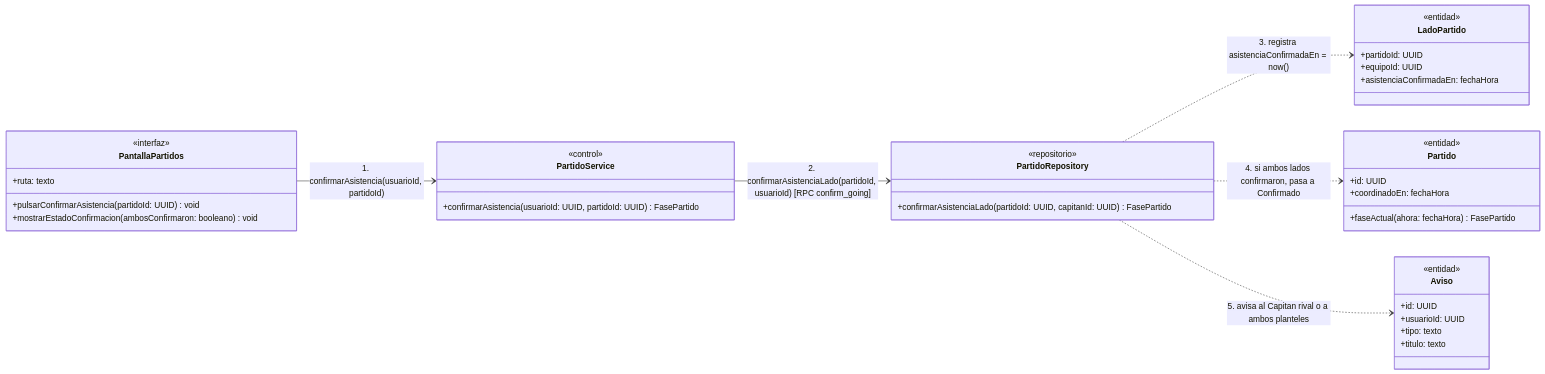
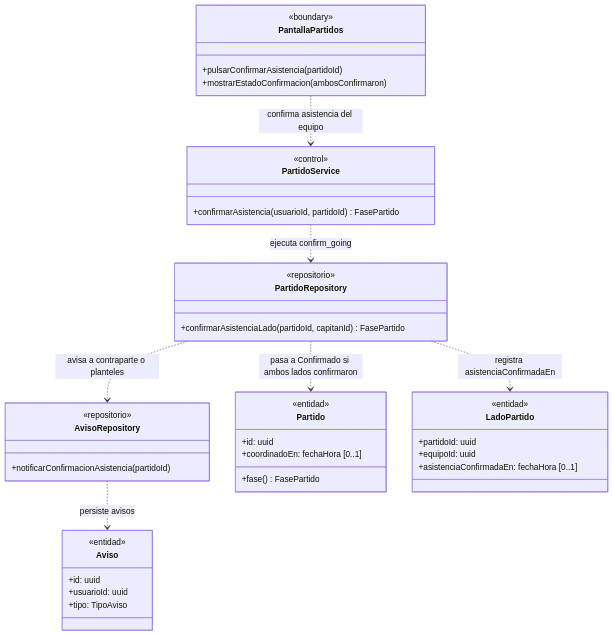
One commit to nicqletal/torneos-scraper changed the ninth of 15 diagrams in docs/diagramas-de-clase/partidos.md. Above: the diagram before and after it, drawn with Mermaid. The commit also changed other lines of this file and 12 other files, not shown here.

Commit message:
Correcion Diagramas de Clase

````diff
--- a/docs/diagramas-de-clase/partidos.md
+++ b/docs/diagramas-de-clase/partidos.md
@@ -634,49 +583,45 @@
 ```mermaid
 classDiagram
-    direction LR
-
-    class PantallaPartidos {
-        <<interfaz>>
-        +ruta: texto
-        +pulsarConfirmarAsistencia(partidoId: UUID) void
-        +mostrarEstadoConfirmacion(ambosConfirmaron: booleano) void
-    }
-
-    class PartidoService {
-        <<control>>
-        +confirmarAsistencia(usuarioId: UUID, partidoId: UUID) FasePartido
-    }
-
-    class PartidoRepository {
-        <<repositorio>>
-        +confirmarAsistenciaLado(partidoId: UUID, capitanId: UUID) FasePartido
-    }
-
-    class Partido {
-        <<entidad>>
-        +id: UUID
-        +coordinadoEn: fechaHora
-        +faseActual(ahora: fechaHora) FasePartido
-    }
-
-    class LadoPartido {
-        <<entidad>>
-        +partidoId: UUID
-        +equipoId: UUID
-        +asistenciaConfirmadaEn: fechaHora
-    }
-
-    class Aviso {
-        <<entidad>>
-        +id: UUID
-        +usuarioId: UUID
-        +tipo: texto
-        +titulo: texto
-    }
-
-    PantallaPartidos --> PartidoService : 1. confirmarAsistencia(usuarioId, partidoId)
-    PartidoService --> PartidoRepository : 2. confirmarAsistenciaLado(partidoId, usuarioId) [RPC confirm_going]
-    PartidoRepository ..> LadoPartido : 3. registra asistenciaConfirmadaEn = now()
-    PartidoRepository ..> Partido : 4. si ambos lados confirmaron, pasa a Confirmado
-    PartidoRepository ..> Aviso : 5. avisa al Capitan rival o a ambos planteles
+direction TB
+class PantallaPartidos {
+  <<boundary>>
+  +pulsarConfirmarAsistencia(partidoId)
+  +mostrarEstadoConfirmacion(ambosConfirmaron)
+}
+class PartidoService {
+  <<control>>
+  +confirmarAsistencia(usuarioId, partidoId) FasePartido
+}
+class PartidoRepository {
+  <<repositorio>>
+  +confirmarAsistenciaLado(partidoId, capitanId) FasePartido
+}
+class AvisoRepository {
+  <<repositorio>>
+  +notificarConfirmacionAsistencia(partidoId)
+}
+class Partido {
+  <<entidad>>
+  +id: uuid
+  +coordinadoEn: fechaHora [0..1]
+  +fase() FasePartido
+}
+class LadoPartido {
+  <<entidad>>
+  +partidoId: uuid
+  +equipoId: uuid
+  +asistenciaConfirmadaEn: fechaHora [0..1]
+}
+class Aviso {
+  <<entidad>>
+  +id: uuid
+  +usuarioId: uuid
+  +tipo: TipoAviso
+}
+PantallaPartidos ..> PartidoService : confirma asistencia del equipo
+PartidoService ..> PartidoRepository : ejecuta confirm_going
+PartidoRepository ..> LadoPartido : registra asistenciaConfirmadaEn
+PartidoRepository ..> Partido : pasa a Confirmado si ambos lados confirmaron
+PartidoRepository ..> AvisoRepository : avisa a contraparte o planteles
+AvisoRepository ..> Aviso : persiste avisos
 ```
````
